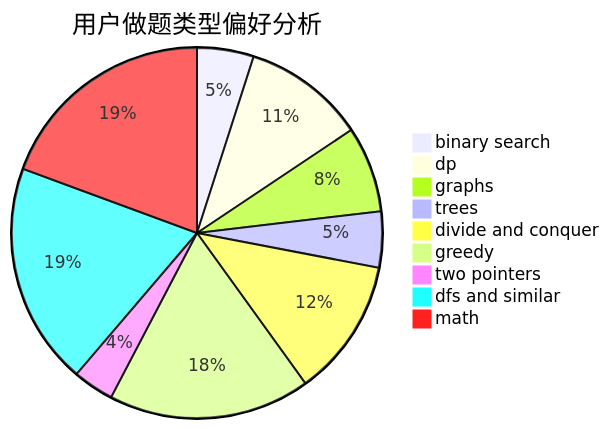
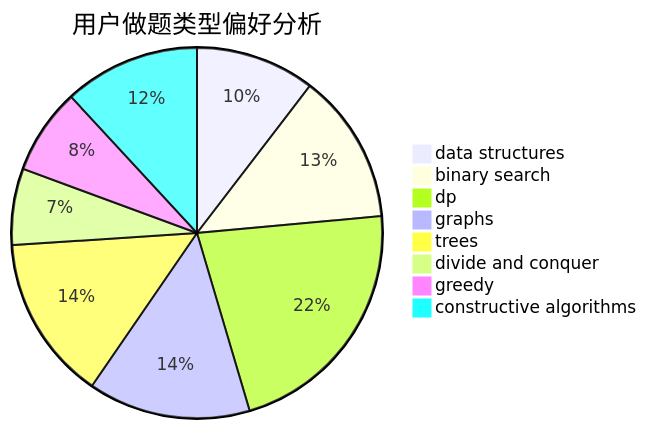
The second of 3 diagrams in docs/user/u1571.md (sherpahu/cfrs.github.io), drawn with Mermaid before and after one commit. The commit also changed other lines of this file and 2775 other files, not shown here.

````diff
--- a/docs/user/u1571.md
+++ b/docs/user/u1571.md
@@ -23,12 +23,11 @@
 ```mermaid
 pie title 用户做题类型偏好分析
-    "binary search" :  87
-    "dp" :  188
-    "graphs" :  132
-    "trees" :  86
-    "divide and conquer" :  212
-    "greedy" :  310
-    "two pointers" :  63
-    "dfs and similar" :  341
-    "math" :  341
+    "data structures" :  50
+    "binary search" :  63
+    "dp" :  105
+    "graphs" :  68
+    "trees" :  69
+    "divide and conquer" :  32
+    "greedy" :  36
+    "constructive algorithms" :  57
 ```
````
